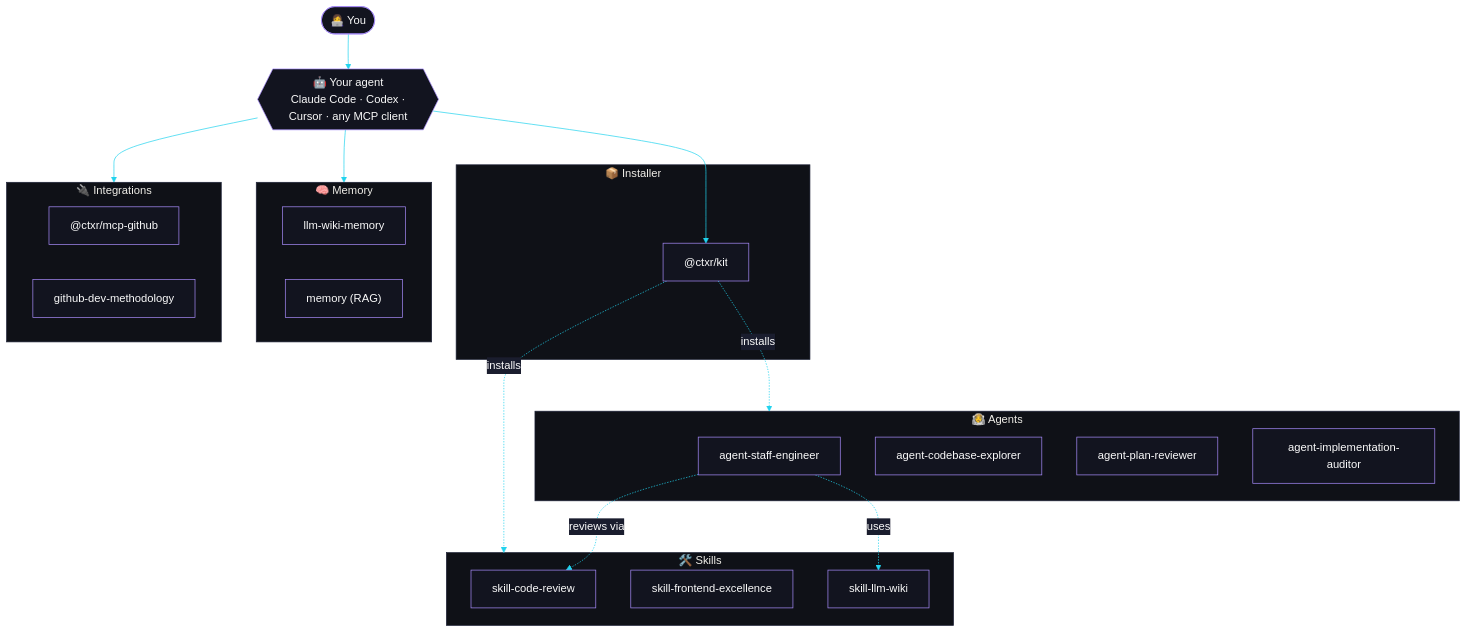
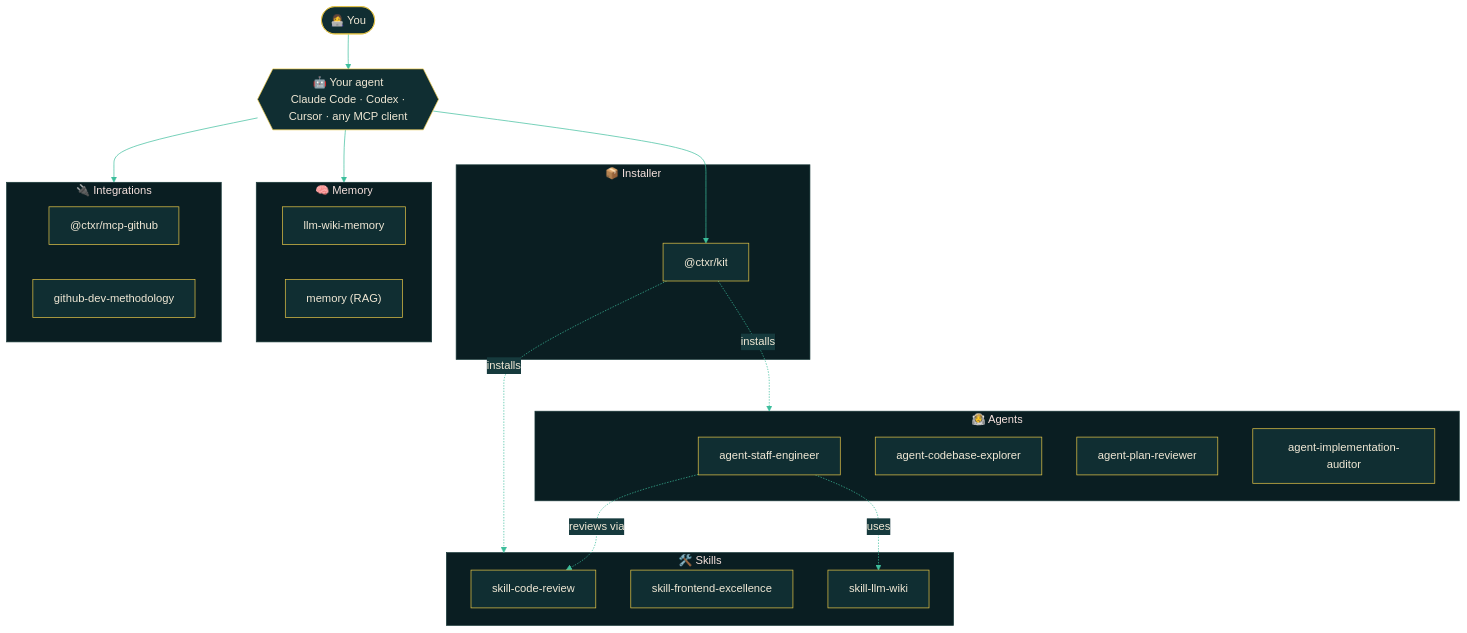
The diagram in profile/README.md (ctxr-dev/.github), drawn with Mermaid before and after one commit. The commit also changed other lines of this file and 2 other files, not shown here.

````diff
--- a/profile/README.md
+++ b/profile/README.md
@@ -114,42 +114,42 @@
 ```mermaid
-%%{init: {'theme':'base','themeVariables':{'background':'#0A0B14','primaryColor':'#12141F','primaryTextColor':'#FAFAFA','primaryBorderColor':'#A78BFA','secondaryColor':'#1a1d2e','tertiaryColor':'#0F1117','lineColor':'#22D3EE','clusterBkg':'#0F1117','clusterBorder':'#1d2237','fontFamily':'ui-monospace, JetBrains Mono, monospace'}}}%%
+%%{init: {'theme':'base','themeVariables':{'background':'#0B1F23','primaryColor':'#102E32','primaryTextColor':'#F0E8D5','primaryBorderColor':'#E5C547','secondaryColor':'#163A3D','tertiaryColor':'#0A1E22','lineColor':'#3DBE9C','clusterBkg':'#0A1E22','clusterBorder':'#1A3A3A','fontFamily':'ui-monospace, JetBrains Mono, monospace'}}}%%
 flowchart TB
     user(["👩‍💻 You"])
     agent{{"🤖 Your agent\n Claude Code · Codex · Cursor · any MCP client"}}
 
     subgraph installer ["📦 Installer"]
       kit["@ctxr/kit"]
     end
 
     subgraph skills ["🛠️ Skills"]
       sCR["skill-code-review"]
       sFE["skill-frontend-excellence"]
       sLW["skill-llm-wiki"]
     end
 
     subgraph agents ["🧑‍🚀 Agents"]
       aSE["agent-staff-engineer"]
       aCE["agent-codebase-explorer"]
       aPR["agent-plan-reviewer"]
       aIA["agent-implementation-auditor"]
     end
 
     subgraph memory ["🧠 Memory"]
       mW["llm-wiki-memory"]
       mR["memory (RAG)"]
     end
 
     subgraph integ ["🔌 Integrations"]
       mcp["@ctxr/mcp-github"]
       meth["github-dev-methodology"]
     end
 
     user --> agent
     agent --> kit
     kit -.installs.-> skills
     kit -.installs.-> agents
     agent --> memory
     agent --> integ
     aSE -.uses.-> sLW
     aSE -.reviews via.-> sCR
 ```
````
